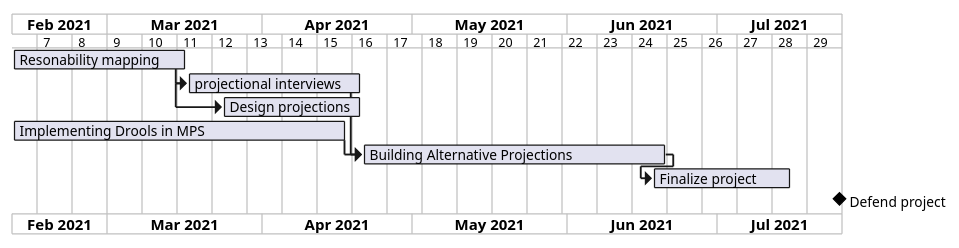
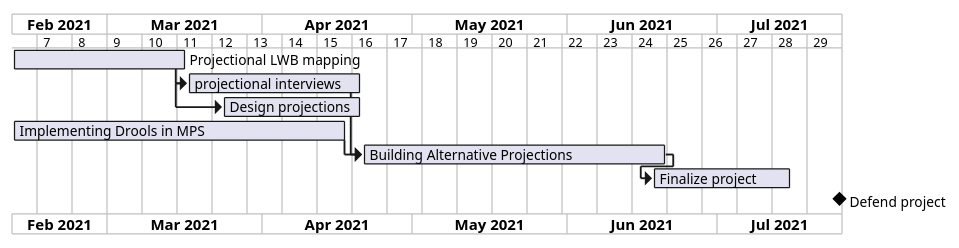
Before and after one commit to jewelEarthDeveloper/Thesis2021: the diagram in ThesisProposal/images/gantt.wsd, drawn with PlantUML. The commit also changed 9 other files, not shown here.

```diff
--- a/ThesisProposal/images/gantt.wsd
+++ b/ThesisProposal/images/gantt.wsd
@@ -1,17 +1,17 @@
 @startgantt
 printscale weekly
 Project starts the 10th of february 2021
-[Resonability mapping] lasts 35 days
+[Projectional LWB mapping] lasts 35 days
 Then [projectional interviews] lasts 35 days
 [Design projections] lasts 28 days and starts 1 week after [projectional interviews]'s start
 
 [Implementing Drools in MPS] lasts 67 days
 Then [Building Alternative Projections] lasts 61 days
 Then [Finalize project] lasts 4 weeks
 
 [projectional interviews] -> [Building Alternative Projections]
 
 
 [Defend project] happens 25th july 2021
 
 @endgantt
```
